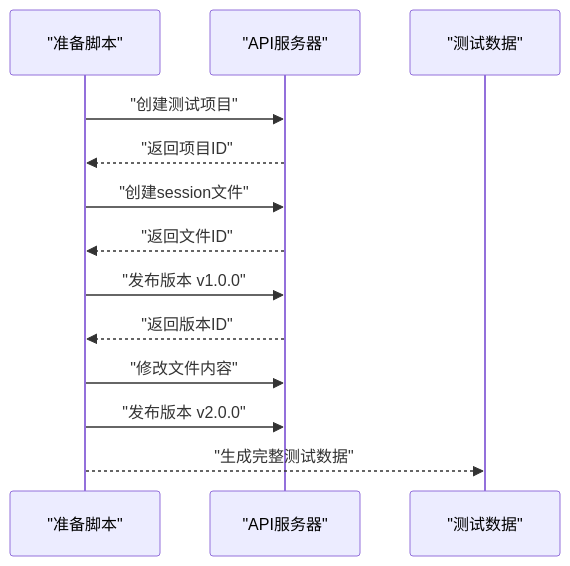
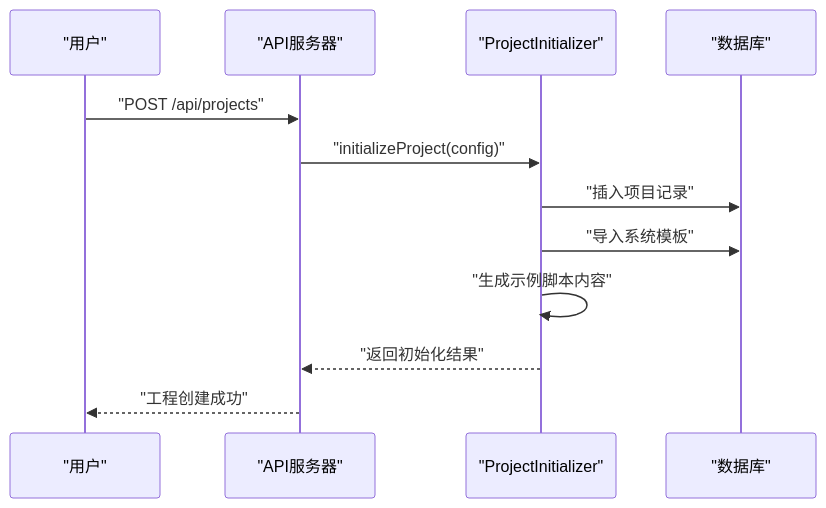
Diagram 12 of 14 in .qoder/repowiki/zh/content/开发指南/开发指南.md (EverettCamus/HeartRule-Qoder), drawn with Mermaid before and after one commit. The commit also changed other lines of this file and 8 other files, not shown here.

````diff
--- a/.qoder/repowiki/zh/content/开发指南/开发指南.md
+++ b/.qoder/repowiki/zh/content/开发指南/开发指南.md
@@ -332,15 +654,14 @@
 ```mermaid
 sequenceDiagram
-participant Script as "准备脚本"
+participant User as "用户"
 participant API as "API服务器"
-participant Data as "测试数据"
-Script->>API : "创建测试项目"
-API-->>Script : "返回项目ID"
-Script->>API : "创建session文件"
-API-->>Script : "返回文件ID"
-Script->>API : "发布版本 v1.0.0"
-API-->>Script : "返回版本ID"
-Script->>API : "修改文件内容"
-Script->>API : "发布版本 v2.0.0"
-Script-->>Data : "生成完整测试数据"
+participant PI as "ProjectInitializer"
+participant DB as "数据库"
+User->>API : "POST /api/projects"
+API->>PI : "initializeProject(config)"
+PI->>DB : "插入项目记录"
+PI->>DB : "导入系统模板"
+PI->>PI : "生成示例脚本内容"
+PI-->>API : "返回初始化结果"
+API-->>User : "工程创建成功"
 ```
````
